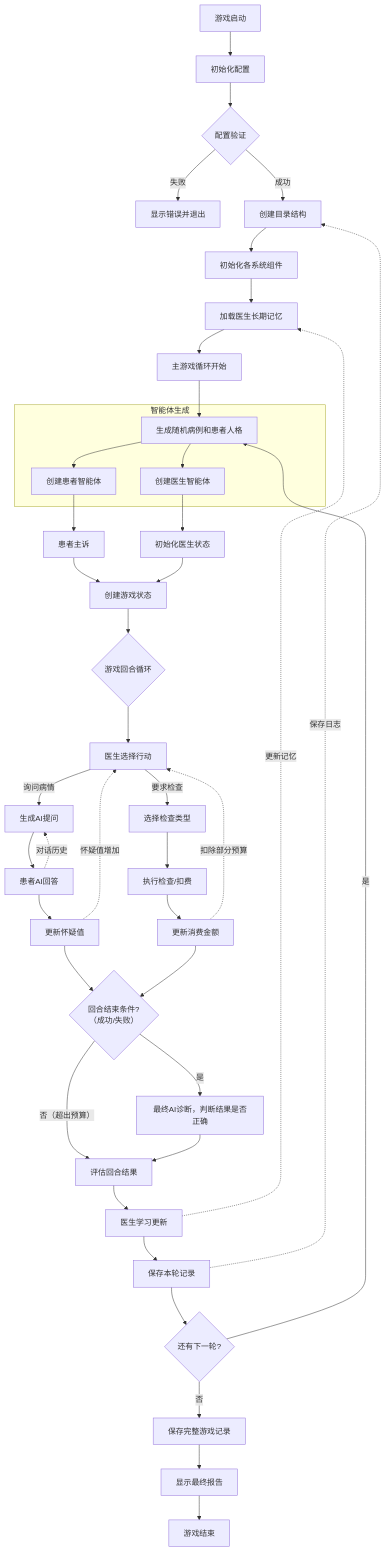
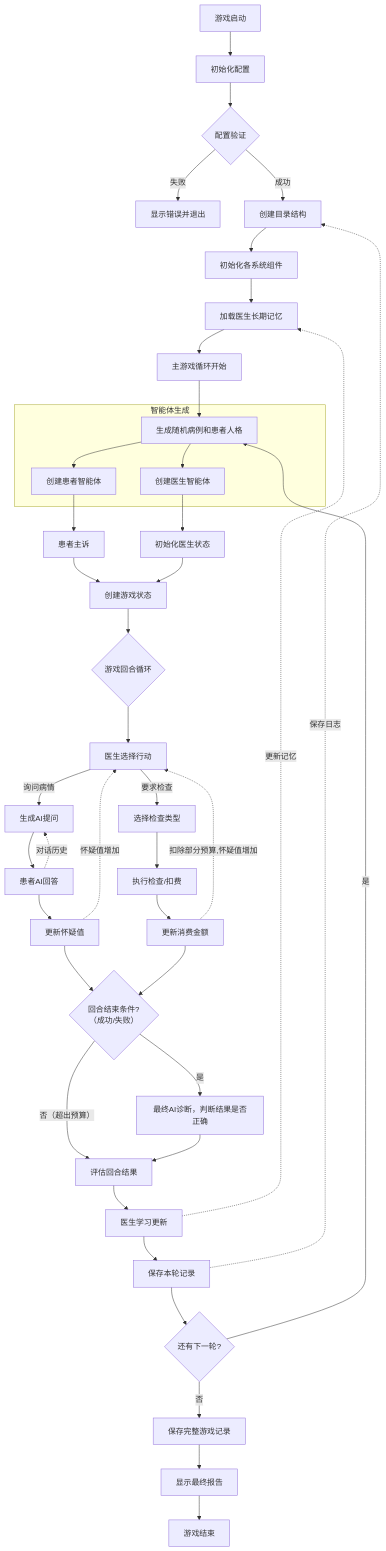
One commit to xxt314062-lgtm/AI-Doctor-Patient-Diagnostic-System-CN changed the diagram in README.md. Above: the diagram before and after it, drawn with Mermaid. The commit also changed other lines of this file, not shown here.

````diff
--- a/README.md
+++ b/README.md
@@ -110,62 +113,62 @@
 ```mermaid
     graph TD
     A[游戏启动] --> B[初始化配置]
     B --> C{配置验证}
     C -->|失败| D[显示错误并退出]
     C -->|成功| E[创建目录结构]
     
     E --> F[初始化各系统组件]
     F --> G[加载医生长期记忆]
     
     G --> H[主游戏循环开始]
     
     H --> I[生成随机病例和患者人格]
     
     subgraph "智能体生成"
         I --> J[创建患者智能体]
         I --> K[创建医生智能体]
     end
     
     J --> L[患者主诉]
     K --> M[初始化医生状态]
     
     L --> N[创建游戏状态]
     M --> N
     
     N --> O{游戏回合循环}
     
     O --> P[医生选择行动]
     
     P -->|询问病情| Q[生成AI提问]
     Q --> R[患者AI回答]
     R --> S[更新怀疑值]
     
     P -->|要求检查| T[选择检查类型]
     T --> U[执行检查/扣费]
     U --> V[更新消费金额]
     
     S --> W{回合结束条件?
     （成功/失败）}
     V --> W
     
     W -->|否（超出预算）| Y
     W -->|是| X[最终AI诊断，判断结果是否正确]
     
     X --> Y[评估回合结果]
     Y --> Z[医生学习更新]
     Z --> AA[保存本轮记录]
     
     AA --> BB{还有下一轮?}
     BB -->|是| I
     BB -->|否| CC[保存完整游戏记录]
     
     CC --> DD[显示最终报告]
     DD --> EE[游戏结束]
     
     %% 数据流连接
     R -.->|对话历史| Q
     S -.->|怀疑值增加| P
-    V -.->|扣除部分预算| P
+    V -.->|扣除部分预算,怀疑值增加| P
     Z -.->|更新记忆| G
     AA -.->|保存日志| E
 ```
````
